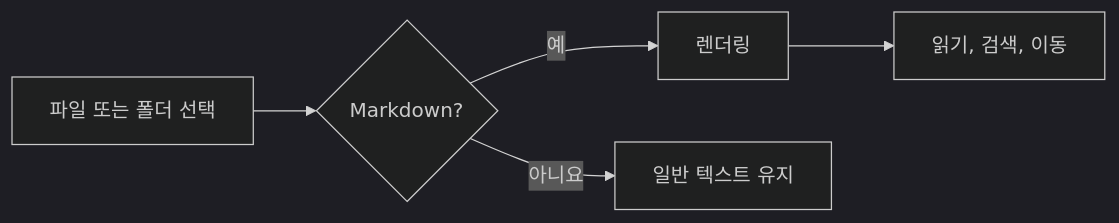
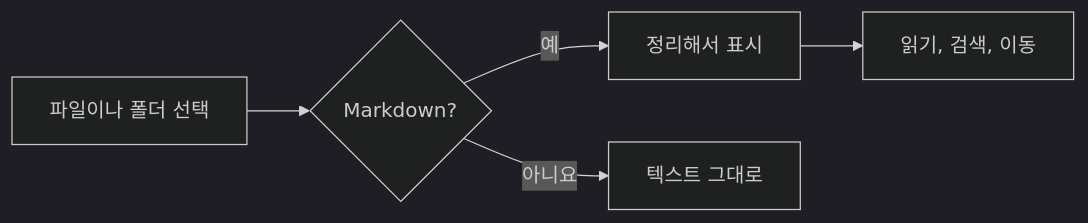
Before and after one commit to bruce-yang-422/parchment: the first of 3 diagrams in samples/ko/parchment-guide.md, drawn with Mermaid (dark theme). The commit also changed other lines of this file and 24 other files, not shown here.

First line of the commit message:
docs(samples): 擴充 8 語系使用導覽與連結筆記、閱讀測試加入 Flickr 有連結圖片 / expand the sample guide and linked note in 8 languages, add a linked Flickr image to the reading test

````diff
--- a/samples/ko/parchment-guide.md
+++ b/samples/ko/parchment-guide.md
@@ -69,7 +126,7 @@
 ```mermaid
 flowchart LR
-  A[파일 또는 폴더 선택] --> B{Markdown?}
-  B -->|예| C[렌더링]
-  B -->|아니요| D[일반 텍스트 유지]
+  A[파일이나 폴더 선택] --> B{Markdown?}
+  B -->|예| C[정리해서 표시]
+  B -->|아니요| D[텍스트 그대로]
   C --> E[읽기, 검색, 이동]
 ```
````
